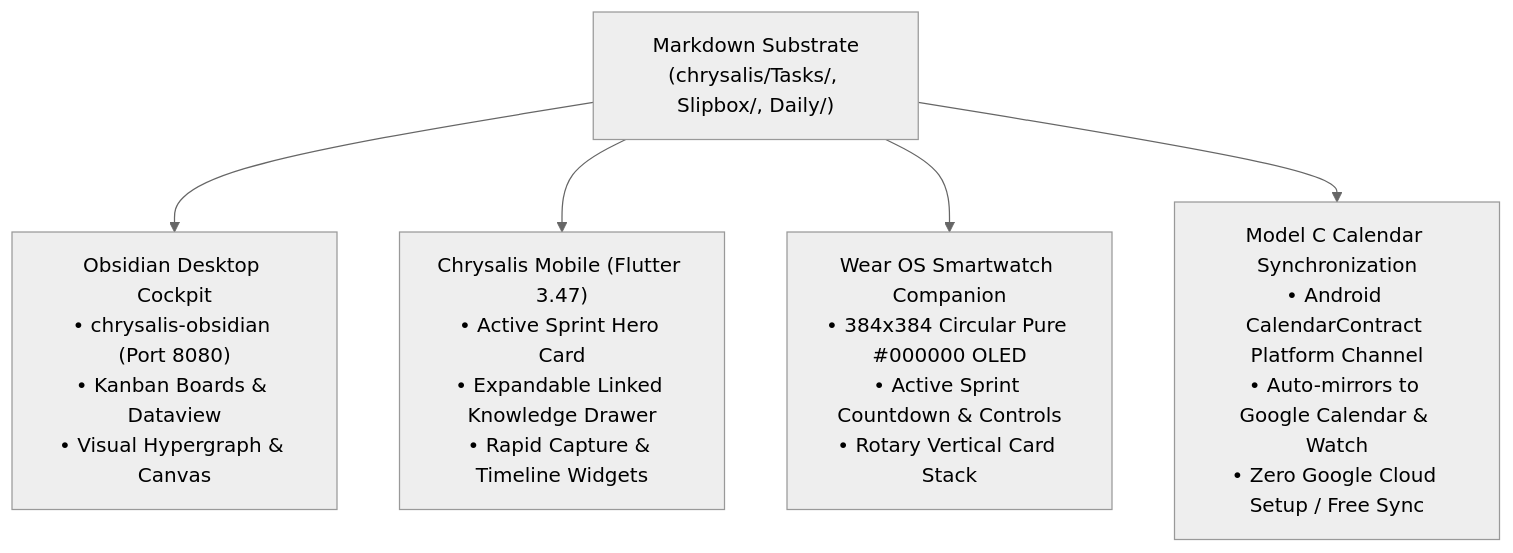
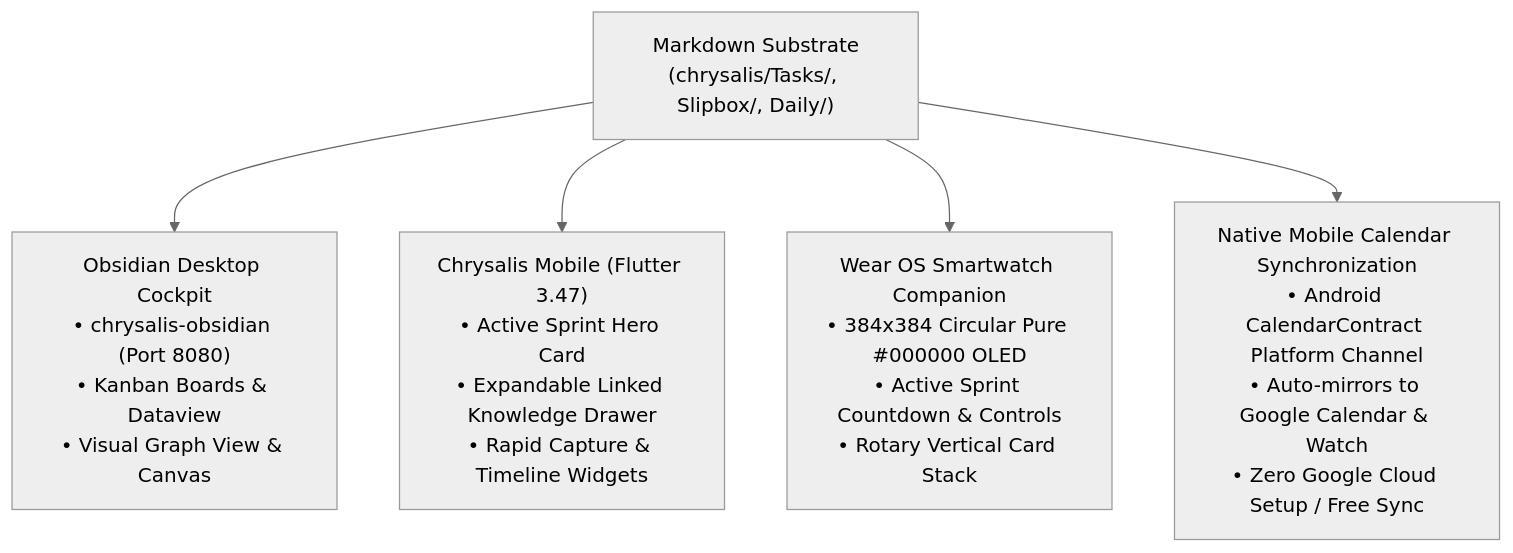
The third of 3 diagrams in README.md (tama-gucci/chrysalis), drawn with Mermaid (neutral theme) before and after one commit. The commit also changed other lines of this file and 2 other files, not shown here.

Commit message:
docs: streamline README, ground audio intake in third-party apps, enforce lowercase node names, remove setup guide

````diff
--- a/README.md
+++ b/README.md
@@ -259,10 +257,10 @@
 ```mermaid
 flowchart TD
-    Substrate["Markdown Substrate<br/>(chrysalis/Tasks/, Slipbox/, Daily/)"] --> ObsidianUI["Obsidian Desktop Cockpit<br/>• chrysalis-obsidian (Port 8080)<br/>• Kanban Boards & Dataview<br/>• Visual Hypergraph & Canvas"]
+    Substrate["Markdown Substrate<br/>(chrysalis/Tasks/, Slipbox/, Daily/)"] --> ObsidianUI["Obsidian Desktop Cockpit<br/>• chrysalis-obsidian (Port 8080)<br/>• Kanban Boards & Dataview<br/>• Visual Graph View & Canvas"]
     
     Substrate --> MobileUI["Chrysalis Mobile (Flutter 3.47)<br/>• Active Sprint Hero Card<br/>• Expandable Linked Knowledge Drawer<br/>• Rapid Capture & Timeline Widgets"]
     
     Substrate --> WatchUI["Wear OS Smartwatch Companion<br/>• 384x384 Circular Pure #000000 OLED<br/>• Active Sprint Countdown & Controls<br/>• Rotary Vertical Card Stack"]
     
-    Substrate --> CalendarSync["Model C Calendar Synchronization<br/>• Android CalendarContract Platform Channel<br/>• Auto-mirrors to Google Calendar & Watch<br/>• Zero Google Cloud Setup / Free Sync"]
+    Substrate --> CalendarSync["Native Mobile Calendar Synchronization<br/>• Android CalendarContract Platform Channel<br/>• Auto-mirrors to Google Calendar & Watch<br/>• Zero Google Cloud Setup / Free Sync"]
 ```
````
